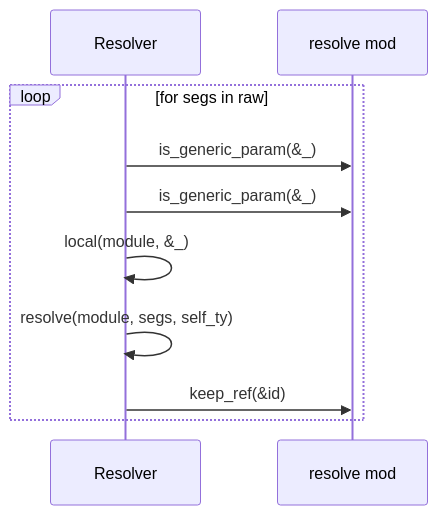
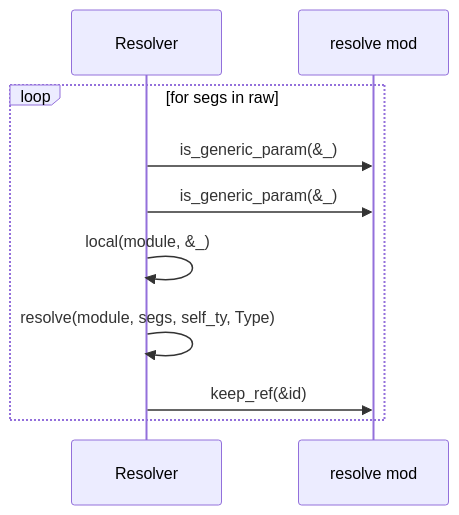
Diagram 13 of 22 in docs/sealmap/crates/sealmap-rust/src/resolve.rs.md (DreamLab-AI/codemaid), drawn with Mermaid before and after one commit. The commit also changed other lines of this file and 45 other files, not shown here.

First line of the commit message:
docs: regenerate the self-corpus for sym: ids and schema v2

````diff
--- a/docs/sealmap/crates/sealmap-rust/src/resolve.rs.md
+++ b/docs/sealmap/crates/sealmap-rust/src/resolve.rs.md
@@ -360,12 +441,12 @@
 ```mermaid
 sequenceDiagram
-  participant sealmap_rust__resolve__Resolver as Resolver
+  participant sealmap_rust__resolve___tResolver as Resolver
   participant sealmap_rust__resolve as resolve mod
   loop for segs in raw
-    sealmap_rust__resolve__Resolver->>sealmap_rust__resolve: is_generic_param(&_)
-    sealmap_rust__resolve__Resolver->>sealmap_rust__resolve: is_generic_param(&_)
-    sealmap_rust__resolve__Resolver->>sealmap_rust__resolve__Resolver: local(module, &_)
-    sealmap_rust__resolve__Resolver->>sealmap_rust__resolve__Resolver: resolve(module, segs, self_ty)
-    sealmap_rust__resolve__Resolver->>sealmap_rust__resolve: keep_ref(&id)
+    sealmap_rust__resolve___tResolver->>sealmap_rust__resolve: is_generic_param(&_)
+    sealmap_rust__resolve___tResolver->>sealmap_rust__resolve: is_generic_param(&_)
+    sealmap_rust__resolve___tResolver->>sealmap_rust__resolve___tResolver: local(module, &_)
+    sealmap_rust__resolve___tResolver->>sealmap_rust__resolve___tResolver: resolve(module, segs, self_ty, Type)
+    sealmap_rust__resolve___tResolver->>sealmap_rust__resolve: keep_ref(&id)
   end
 ```
````
